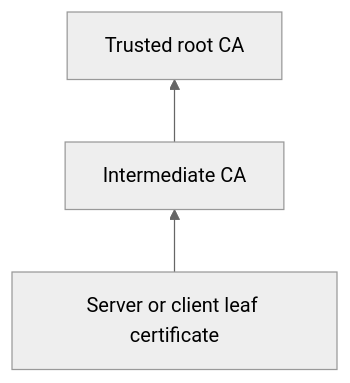
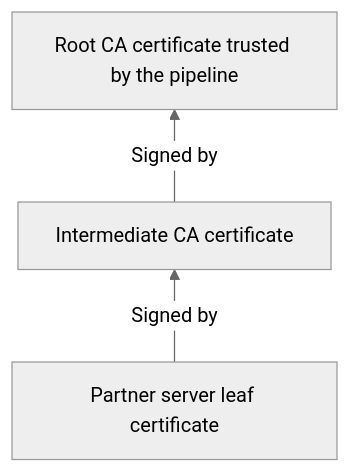
The second of 3 diagrams in DE/industry-experience/06-tls-trust-failed.md (xuyangHan/FROM-DATA-TO-DECISIONS), drawn with Mermaid (neutral theme) before and after one commit. The commit also changed other lines of this file, not shown here.

````diff
--- a/DE/industry-experience/06-tls-trust-failed.md
+++ b/DE/industry-experience/06-tls-trust-failed.md
@@ -13,5 +85,5 @@
 ```mermaid
 flowchart BT
-  leaf[Server or client leaf certificate] --> intermediate[Intermediate CA]
-  intermediate --> root[Trusted root CA]
+  leaf[Partner server leaf certificate] -->|Signed by| intermediate[Intermediate CA certificate]
+  intermediate -->|Signed by| root[Root CA certificate trusted by the pipeline]
 ```
````
